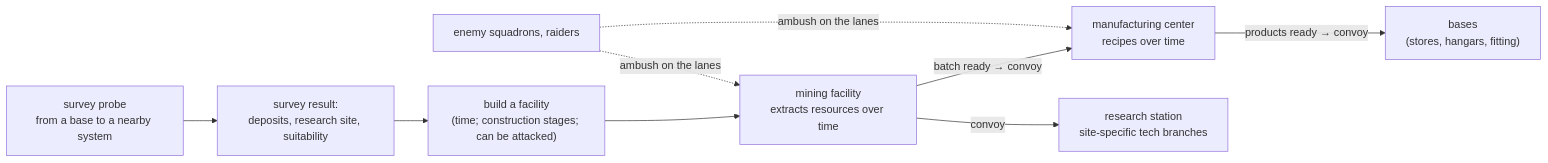
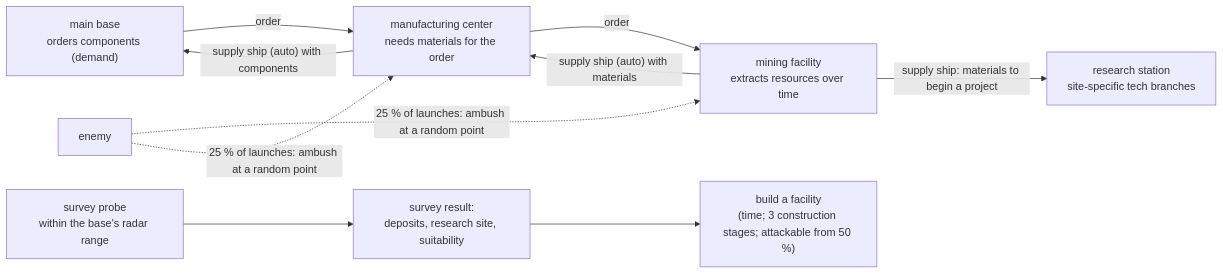
One commit to bbogovich/OpenInterceptor changed the diagram in docs/design/logistics.md. Above: the diagram before and after it, drawn with Mermaid. The commit also changed other lines of this file and 13 other files, not shown here.

````diff
--- a/docs/design/logistics.md
+++ b/docs/design/logistics.md
@@ -15,10 +22,11 @@
 ```mermaid
 flowchart LR
-    PR["survey probe<br/>from a base to a nearby system"] --> SV["survey result:<br/>deposits, research site, suitability"]
-    SV --> BU["build a facility<br/>(time; construction stages; can be attacked)"]
-    BU --> MI["mining facility<br/>extracts resources over time"]
-    MI -- "batch ready → convoy" --> MA["manufacturing center<br/>recipes over time"]
-    MI -- "convoy" --> RS["research station<br/>site-specific tech branches"]
-    MA -- "products ready → convoy" --> BA["bases<br/>(stores, hangars, fitting)"]
-    EN["enemy squadrons, raiders"] -. "ambush on the lanes" .-> MI & MA
+    BA["main base<br/>orders components (demand)"] -- "order" --> MA["manufacturing center<br/>needs materials for the order"]
+    MA -- "order" --> MI["mining facility<br/>extracts resources over time"]
+    MI -- "supply ship (auto) with materials" --> MA
+    MA -- "supply ship (auto) with components" --> BA
+    MI -- "supply ship: materials to begin a project" --> RS["research station<br/>site-specific tech branches"]
+    PR["survey probe<br/>within the base's radar range"] --> SV["survey result:<br/>deposits, research site, suitability"]
+    SV --> BU["build a facility<br/>(time; 3 construction stages; attackable from 50 %)"]
+    EN["enemy"] -. "25 % of launches: ambush at a random point" .-> MI & MA
 ```
````
